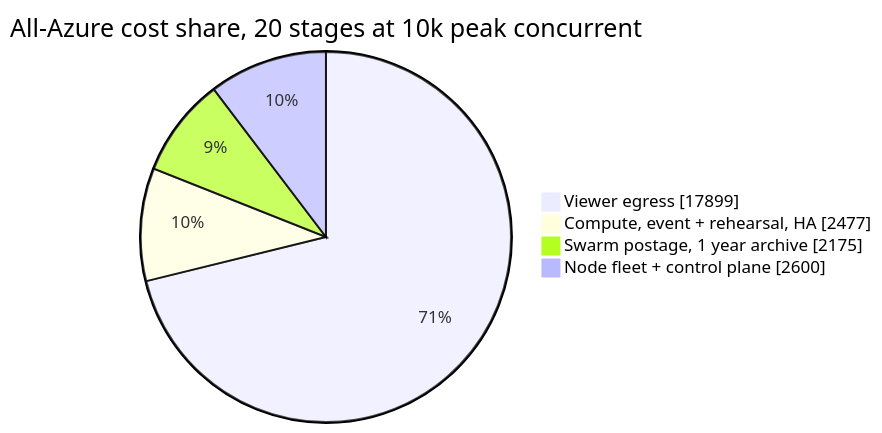
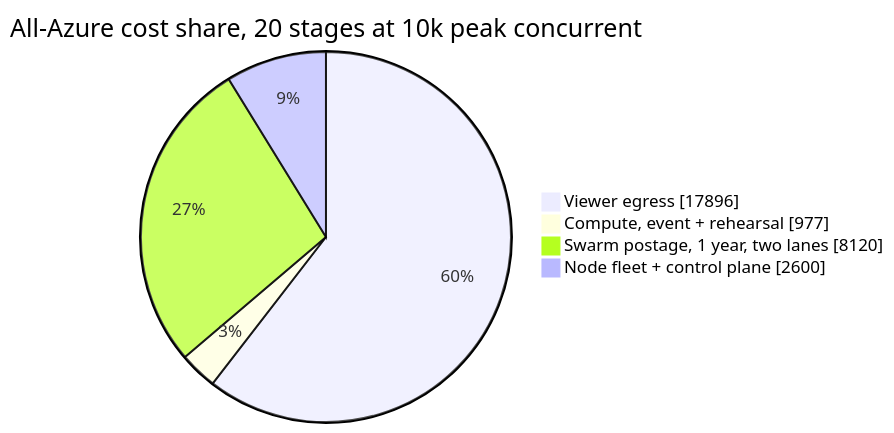
One commit to Solar-Punk-Ltd/devcon-streaming-partnership changed the first of 23 diagrams in docs/architecture-plan.md. Above: the diagram before and after it, drawn with Mermaid. The commit also changed other lines of this file, not shown here.

````diff
--- a/docs/architecture-plan.md
+++ b/docs/architecture-plan.md
@@ -42,7 +42,7 @@
 ```mermaid
 pie showData title All-Azure cost share, 20 stages at 10k peak concurrent
-    "Viewer egress" : 17899
-    "Compute, event + rehearsal, HA" : 2477
-    "Swarm postage, 1 year archive" : 2175
+    "Viewer egress" : 17896
+    "Compute, event + rehearsal" : 977
+    "Swarm postage, 1 year, two lanes" : 8120
     "Node fleet + control plane" : 2600
 ```
````
